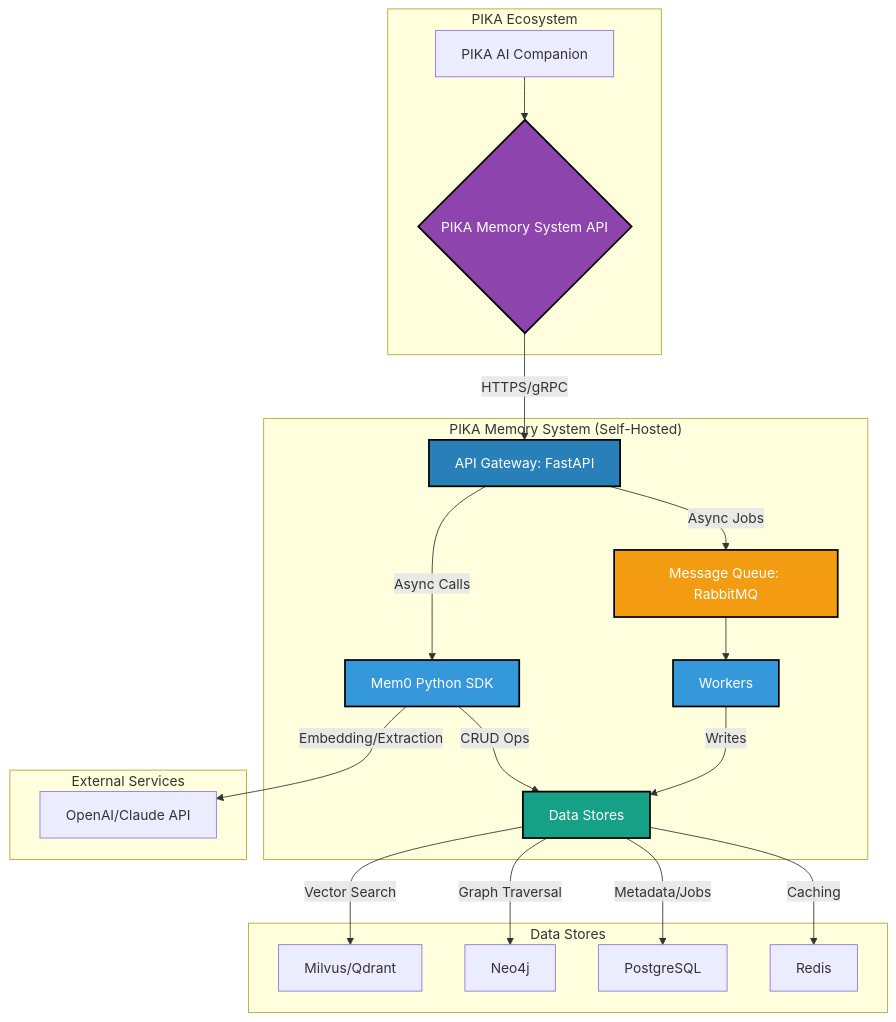
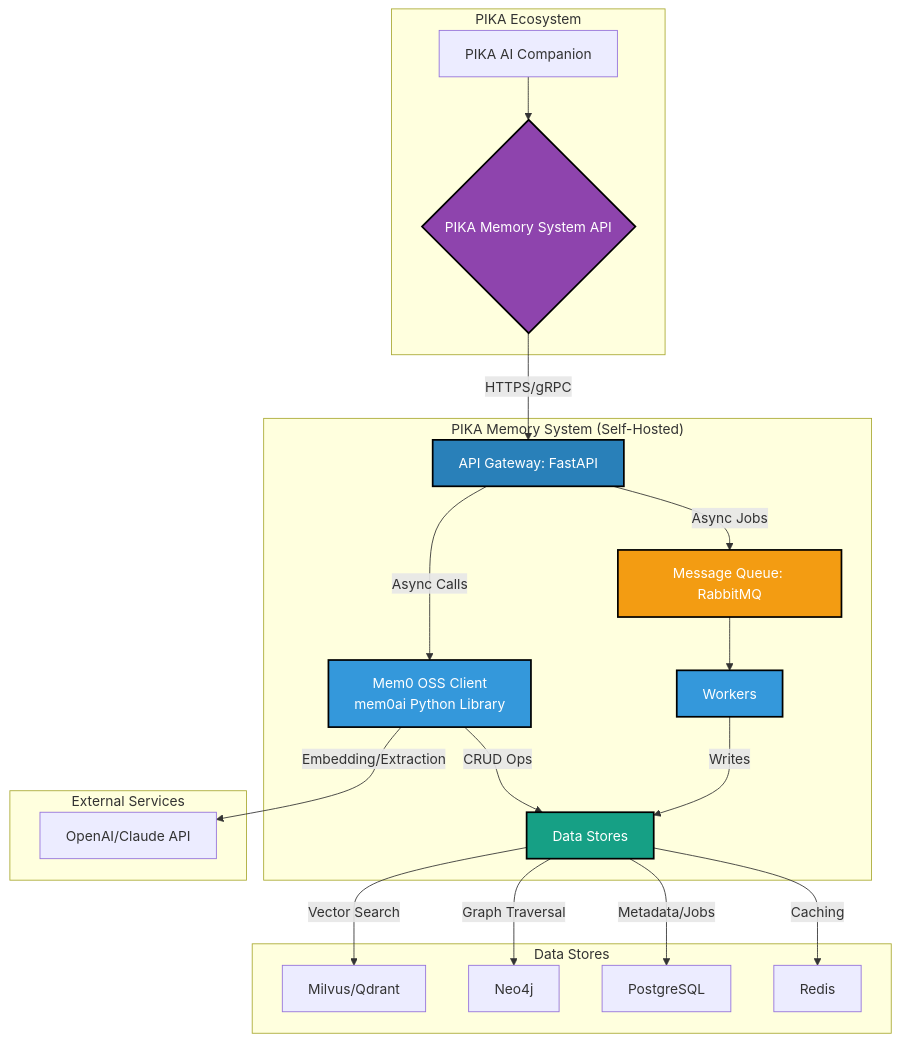
One commit to DoanNgocCuong/working changed the first of 5 diagrams in DATA_SCIENCE_AND_AI/Domain8AdvancedAIApplications/1_AIAgents/2_Memory/Phần 1 - Memory Chung/Cách 2 - Mem0/Untitled.md. Above: the diagram before and after it, drawn with Mermaid. The commit also changed other lines of this file, not shown here.

````diff
--- a/DATA_SCIENCE_AND_AI/Domain8AdvancedAIApplications/1_AIAgents/2_Memory/Phần 1 - Memory Chung/Cách 2 - Mem0/Untitled.md
+++ b/DATA_SCIENCE_AND_AI/Domain8AdvancedAIApplications/1_AIAgents/2_Memory/Phần 1 - Memory Chung/Cách 2 - Mem0/Untitled.md
@@ -86,33 +93,33 @@
 ```mermaid
 graph TD
     subgraph "PIKA Ecosystem"
         A[PIKA AI Companion] --> B{PIKA Memory System API}
     end
 
     subgraph "PIKA Memory System (Self-Hosted)"
         B -- HTTPS/gRPC --> C[API Gateway: FastAPI]
-        C -- Async Calls --> D[Mem0 Python SDK]
+        C -- Async Calls --> D[Mem0 OSS Client<br/>mem0ai Python Library]
         D -- CRUD Ops --> E[Data Stores]
         C -- Async Jobs --> F[Message Queue: RabbitMQ]
         F --> G[Workers]
         G -- Writes --> E
     end
 
     subgraph "Data Stores"
         E -- Vector Search --> H[Milvus/Qdrant]
         E -- Graph Traversal --> I[Neo4j]
         E -- Metadata/Jobs --> J[PostgreSQL]
         E -- Caching --> K[Redis]
     end
 
     subgraph "External Services"
         D -- Embedding/Extraction --> L[OpenAI/Claude API]
     end
 
     style B fill:#8E44AD,stroke:#000,stroke-width:2px,color:#fff
     style C fill:#2980B9,stroke:#000,stroke-width:2px,color:#fff
     style D fill:#3498DB,stroke:#000,stroke-width:2px,color:#fff
     style G fill:#3498DB,stroke:#000,stroke-width:2px,color:#fff
     style F fill:#F39C12,stroke:#000,stroke-width:2px,color:#fff
     style E fill:#16A085,stroke:#000,stroke-width:2px,color:#fff
 ```
````
